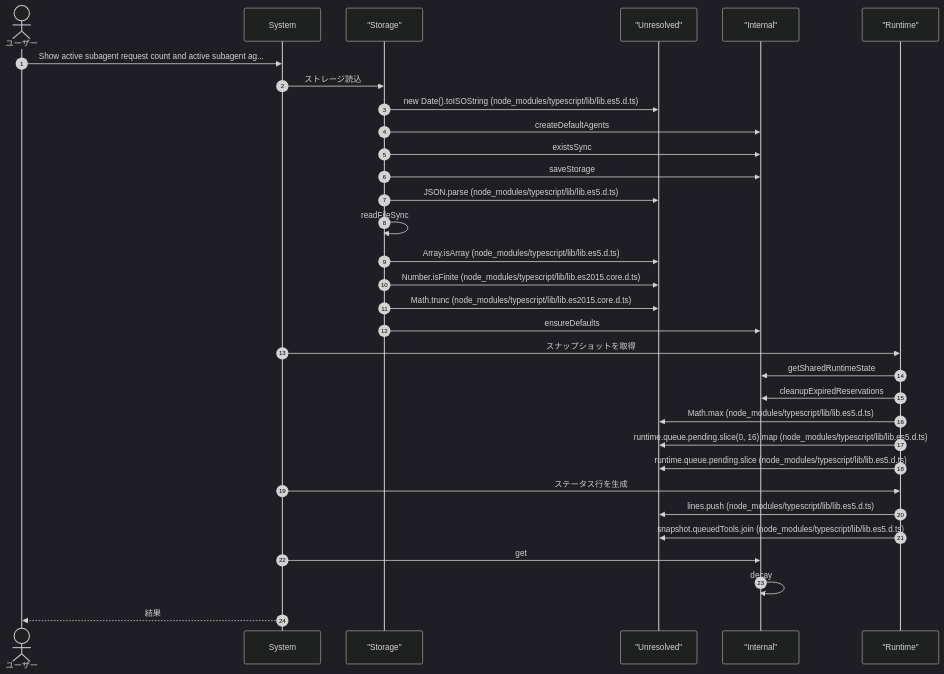
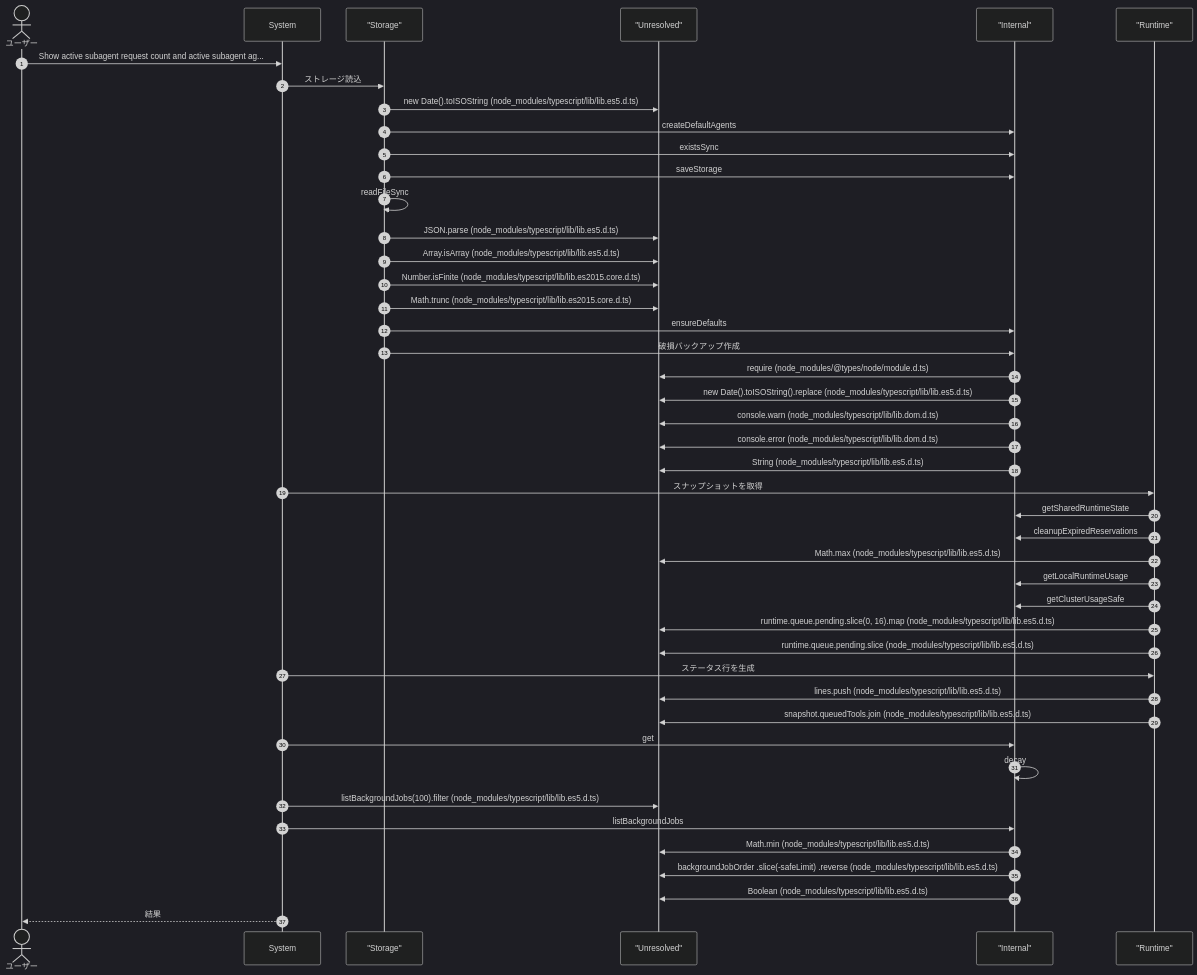
One commit to Mekann2904/mekann changed the sixth of 12 diagrams in ABDD/.pi/extensions/subagents.md. Above: the diagram before and after it, drawn with Mermaid (dark theme). The commit also changed other lines of this file and 205 other files, not shown here.

````diff
--- a/ABDD/.pi/extensions/subagents.md
+++ b/ABDD/.pi/extensions/subagents.md
@@ -495,36 +586,49 @@
 ```mermaid
 sequenceDiagram
   autonumber
   actor User as ユーザー
   participant System as System
   participant Storage as "Storage"
   participant Unresolved as "Unresolved"
   participant Internal as "Internal"
   participant Runtime as "Runtime"
 
   User->>System: Show active subagent request count and active subagent ag...
   System->>Storage: ストレージ読込
   Storage->>Unresolved: new Date().toISOString (node_modules/typescript/lib/lib.es5.d.ts)
   Storage->>Internal: createDefaultAgents
   Storage->>Internal: existsSync
   Storage->>Internal: saveStorage
+  Storage->>Storage: readFileSync
   Storage->>Unresolved: JSON.parse (node_modules/typescript/lib/lib.es5.d.ts)
-  Storage->>Storage: readFileSync
   Storage->>Unresolved: Array.isArray (node_modules/typescript/lib/lib.es5.d.ts)
   Storage->>Unresolved: Number.isFinite (node_modules/typescript/lib/lib.es2015.core.d.ts)
   Storage->>Unresolved: Math.trunc (node_modules/typescript/lib/lib.es2015.core.d.ts)
   Storage->>Internal: ensureDefaults
+  Storage->>Internal: 破損バックアップ作成
+  Internal->>Unresolved: require (node_modules/@types/node/module.d.ts)
+  Internal->>Unresolved: new Date().toISOString().replace (node_modules/typescript/lib/lib.es5.d.ts)
+  Internal->>Unresolved: console.warn (node_modules/typescript/lib/lib.dom.d.ts)
+  Internal->>Unresolved: console.error (node_modules/typescript/lib/lib.dom.d.ts)
+  Internal->>Unresolved: String (node_modules/typescript/lib/lib.es5.d.ts)
   System->>Runtime: スナップショットを取得
   Runtime->>Internal: getSharedRuntimeState
   Runtime->>Internal: cleanupExpiredReservations
   Runtime->>Unresolved: Math.max (node_modules/typescript/lib/lib.es5.d.ts)
+  Runtime->>Internal: getLocalRuntimeUsage
+  Runtime->>Internal: getClusterUsageSafe
   Runtime->>Unresolved: runtime.queue.pending.slice(0, 16).map (node_modules/typescript/lib/lib.es5.d.ts)
   Runtime->>Unresolved: runtime.queue.pending.slice (node_modules/typescript/lib/lib.es5.d.ts)
   System->>Runtime: ステータス行を生成
   Runtime->>Unresolved: lines.push (node_modules/typescript/lib/lib.es5.d.ts)
   Runtime->>Unresolved: snapshot.queuedTools.join (node_modules/typescript/lib/lib.es5.d.ts)
   System->>Internal: get
   Internal->>Internal: decay
+  System->>Unresolved: listBackgroundJobs(100).filter (node_modules/typescript/lib/lib.es5.d.ts)
+  System->>Internal: listBackgroundJobs
+  Internal->>Unresolved: Math.min (node_modules/typescript/lib/lib.es5.d.ts)
+  Internal->>Unresolved: backgroundJobOrder     .slice(-safeLimit)     .reverse (node_modules/typescript/lib/lib.es5.d.ts)
+  Internal->>Unresolved: Boolean (node_modules/typescript/lib/lib.es5.d.ts)
   System-->>User: 結果
 
 ```
````
